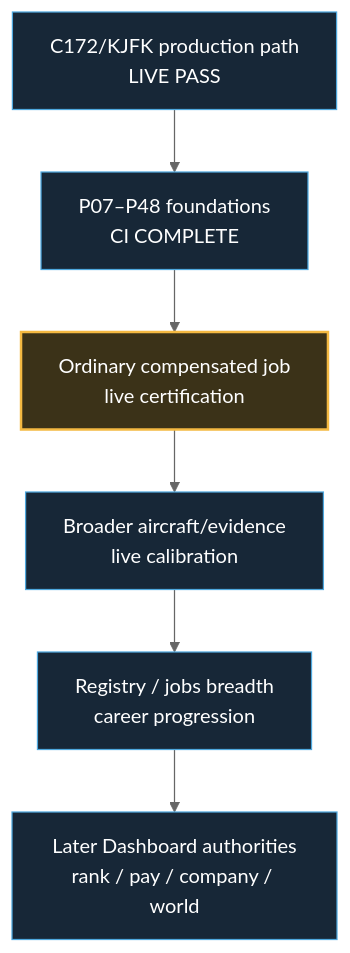
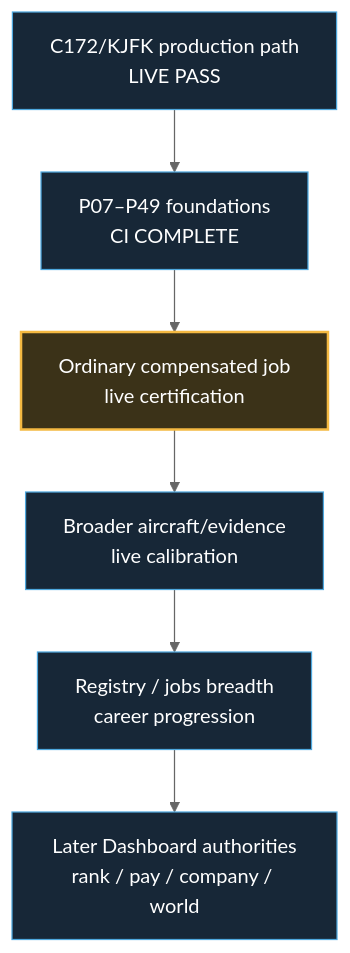
One commit to dhavalpddn-eng/OpenCareer changed the second of 2 diagrams in docs/development-master-checklist.md. Above: the diagram before and after it, drawn with Mermaid (neutral theme). The commit also changed other lines of this file and 2 other files, not shown here.

````diff
--- a/docs/development-master-checklist.md
+++ b/docs/development-master-checklist.md
@@ -54,13 +54,13 @@
 ```mermaid
 flowchart TD
-    A["C172/KJFK production path<br/>LIVE PASS"] --> B["P07–P48 foundations<br/>CI COMPLETE"]
+    A["C172/KJFK production path<br/>LIVE PASS"] --> B["P07–P49 foundations<br/>CI COMPLETE"]
     B --> C["Ordinary compensated job<br/>live certification"]
     C --> D["Broader aircraft/evidence<br/>live calibration"]
     D --> E["Registry / jobs breadth<br/>career progression"]
     E --> F["Later Dashboard authorities<br/>rank / pay / company / world"]
 
     classDef next fill:#3b3218,stroke:#F4B942,color:#fff,stroke-width:2px;
     classDef future fill:#172737,stroke:#4EA8DE,color:#fff,stroke-width:1px;
     class C next;
     class A,B,D,E,F future;
 ```
````
